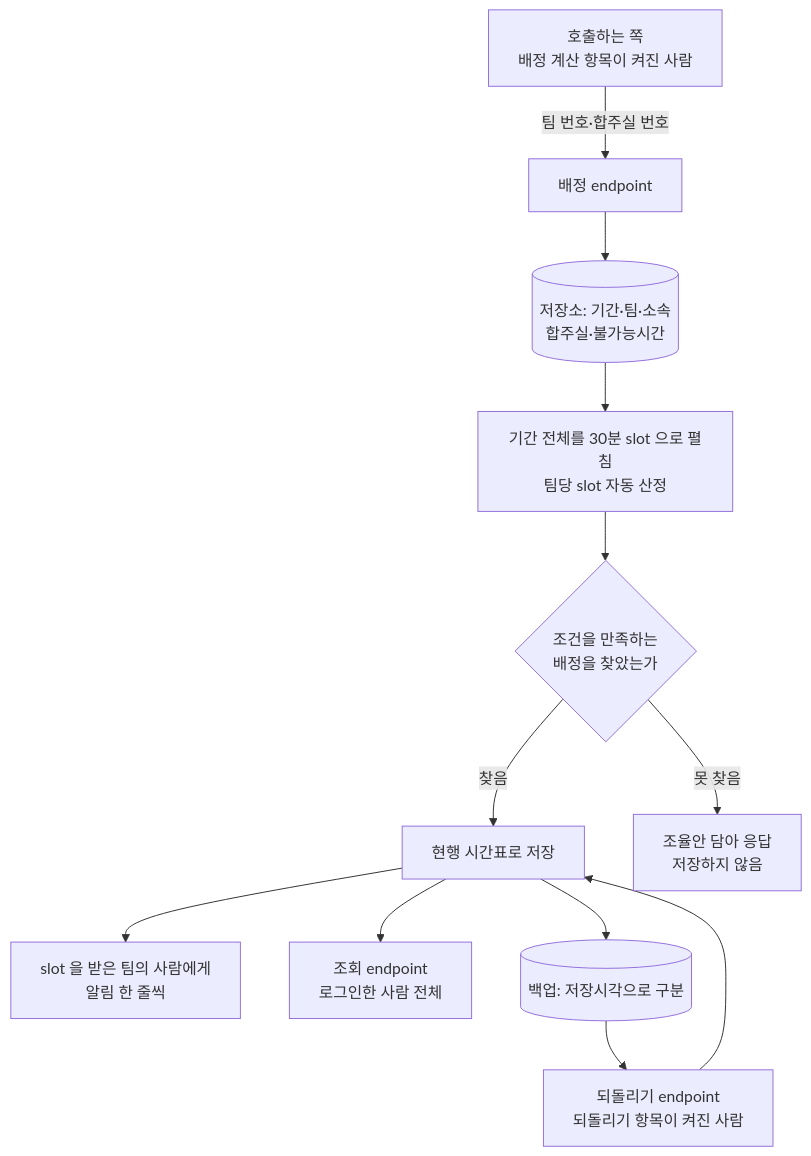
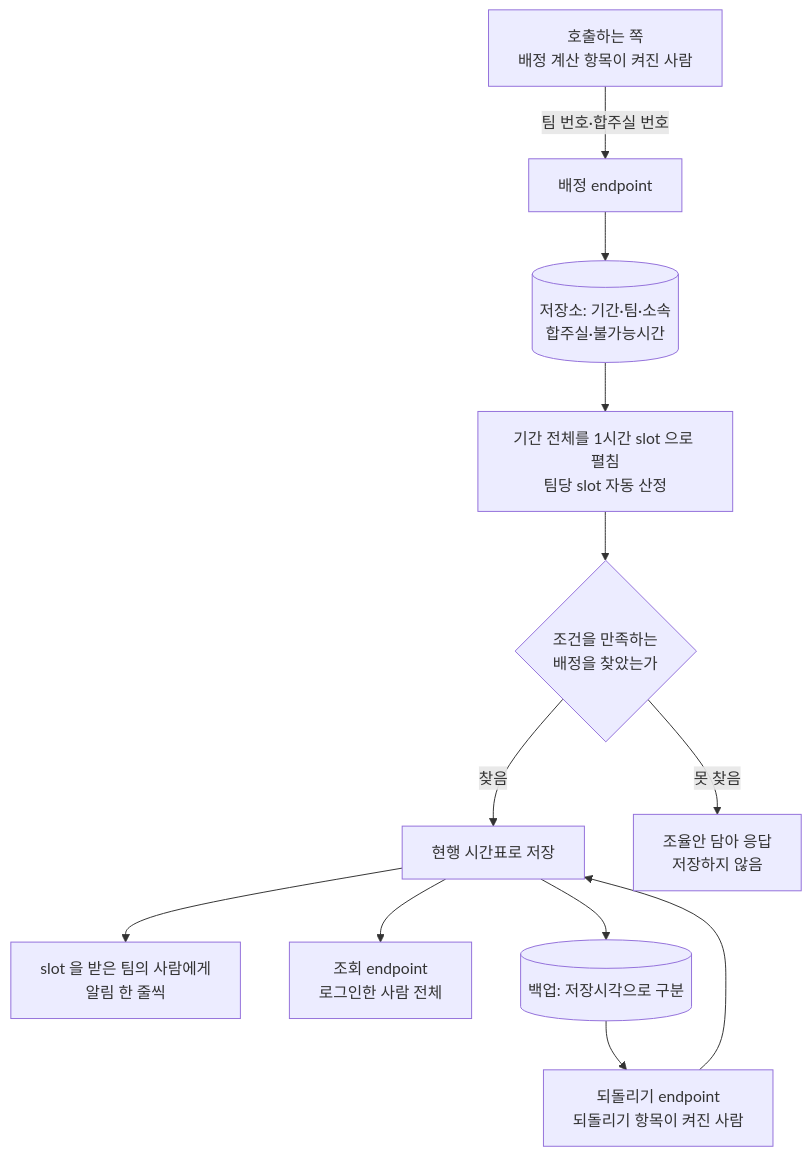
Before and after one commit to minkong-dev/Banblit: the diagram in .cluedoc/scheduling-api/period-assignment/README.md, drawn with Mermaid. The commit also changed other lines of this file and 11 other files, not shown here.

````diff
--- a/.cluedoc/scheduling-api/period-assignment/README.md
+++ b/.cluedoc/scheduling-api/period-assignment/README.md
@@ -20,14 +20,14 @@
 ```mermaid
 flowchart TD
     R[호출하는 쪽<br/>배정 계산 항목이 켜진 사람] -->|팀 번호·합주실 번호| A[배정 endpoint]
     A --> D[(저장소: 기간·팀·소속<br/>합주실·불가능시간)]
-    D --> E[기간 전체를 30분 slot 으로 펼침<br/>팀당 slot 자동 산정]
+    D --> E[기간 전체를 1시간 slot 으로 펼침<br/>팀당 slot 자동 산정]
     E --> F{조건을 만족하는<br/>배정을 찾았는가}
     F -->|찾음| S[현행 시간표로 저장]
     F -->|못 찾음| P[조율안 담아 응답<br/>저장하지 않음]
     S --> W[slot 을 받은 팀의 사람에게<br/>알림 한 줄씩]
     S --> G[조회 endpoint<br/>로그인한 사람 전체]
     S --> B[(백업: 저장시각으로 구분)]
     B --> K[되돌리기 endpoint<br/>되돌리기 항목이 켜진 사람]
     K --> S
 ```
````
